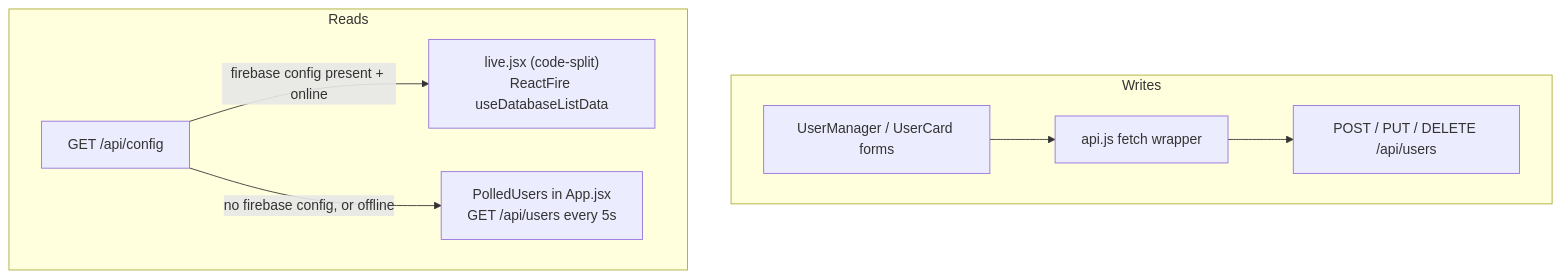
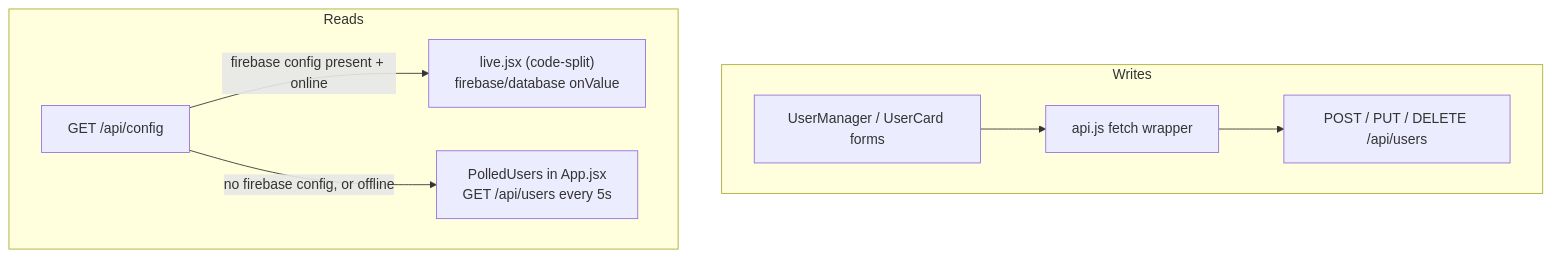
Before and after one commit to DanielPCoyle/rentredi-take-home: the second of 2 diagrams in knowledge-base/Architecture/System Map.md, drawn with Mermaid. The commit also changed other lines of this file and 11 other files, not shown here.

First line of the commit message:
docs(drift): reactfire→onValue, autocomplete, /api/locations/suggest, ADR-0012 (#38)

````diff
--- a/knowledge-base/Architecture/System Map.md
+++ b/knowledge-base/Architecture/System Map.md
@@ -43,10 +43,10 @@
 ```mermaid
 flowchart TB
     subgraph Writes
         FORM["UserManager / UserCard forms"] --> API["api.js fetch wrapper"] --> W["POST / PUT / DELETE /api/users"]
     end
     subgraph Reads
-        CFG["GET /api/config"] -->|firebase config present + online| LIVE["live.jsx (code-split)<br>ReactFire useDatabaseListData"]
+        CFG["GET /api/config"] -->|firebase config present + online| LIVE["live.jsx (code-split)<br>firebase/database onValue"]
         CFG -->|no firebase config, or offline| POLL["PolledUsers in App.jsx<br>GET /api/users every 5s"]
     end
 ```
````
